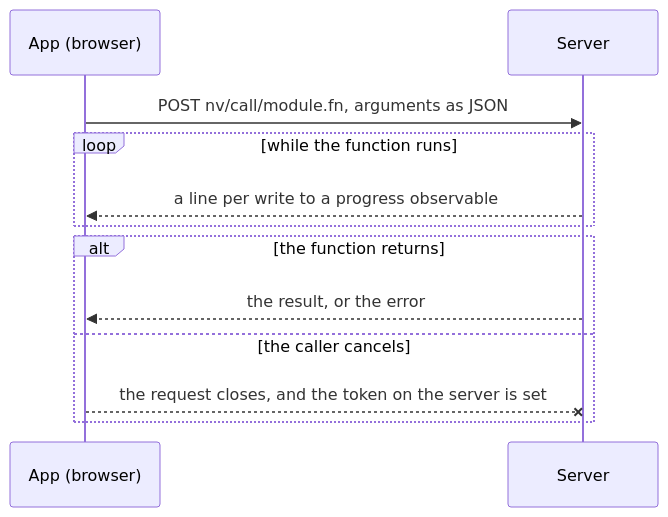
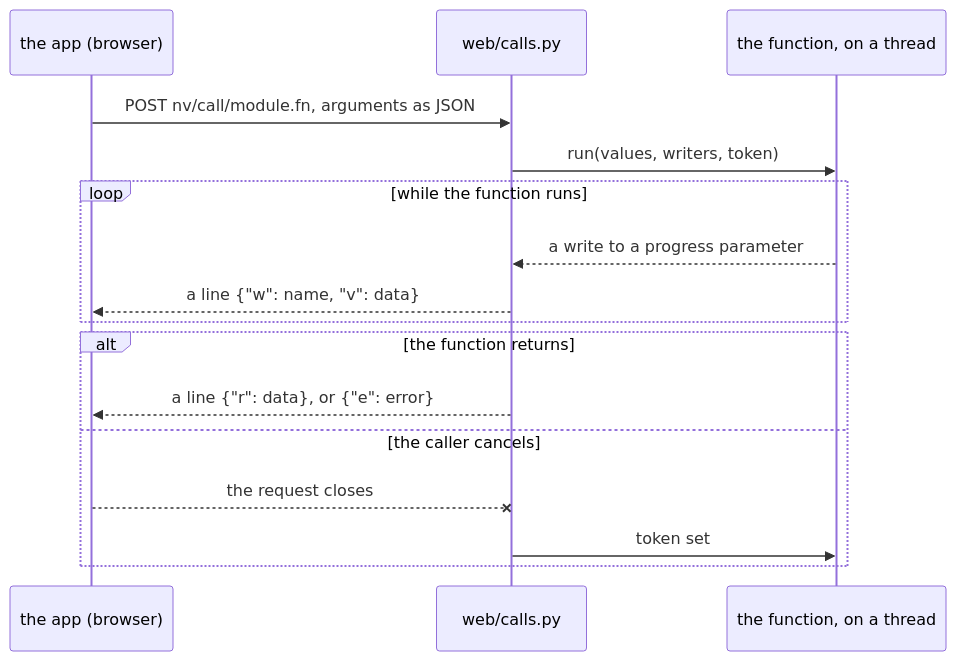
The tenth of 11 diagrams in docs/design/WEB_TARGET.md (yuksblog/nuiitivet), drawn with Mermaid before and after one commit. The commit also changed other lines of this file and 35 other files, not shown here.

````diff
--- a/docs/design/WEB_TARGET.md
+++ b/docs/design/WEB_TARGET.md
@@ -267,14 +423,19 @@
 ```mermaid
 sequenceDiagram
-    participant App as App (browser)
-    participant S as Server
+    participant App as the app (browser)
+    participant S as web/calls.py
+    participant F as the function, on a thread
+
     App->>S: POST nv/call/module.fn, arguments as JSON
+    S->>F: run(values, writers, token)
     loop while the function runs
-        S-->>App: a line per write to a progress observable
+        F-->>S: a write to a progress parameter
+        S-->>App: a line {"w": name, "v": data}
     end
     alt the function returns
-        S-->>App: the result, or the error
+        S-->>App: a line {"r": data}, or {"e": error}
     else the caller cancels
-        App--xS: the request closes, and the token on the server is set
+        App--xS: the request closes
+        S->>F: token set
     end
 ```
````
